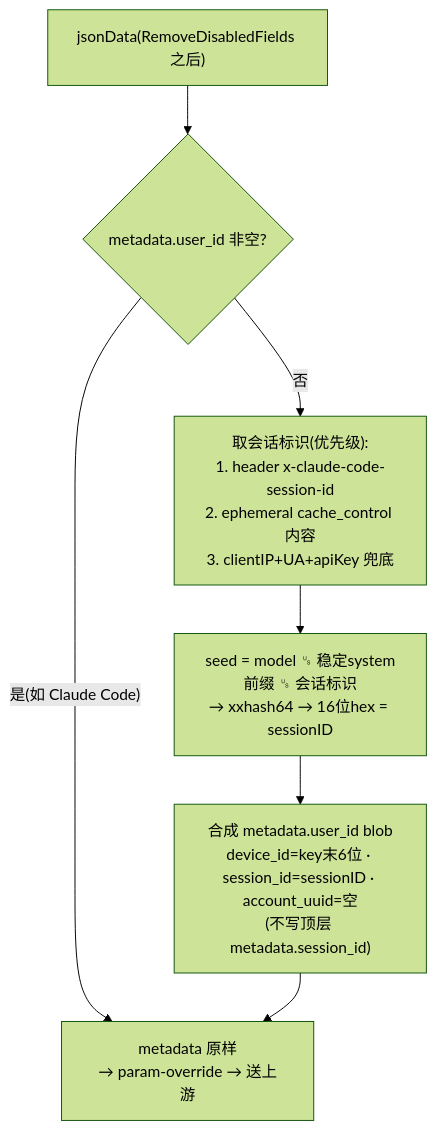
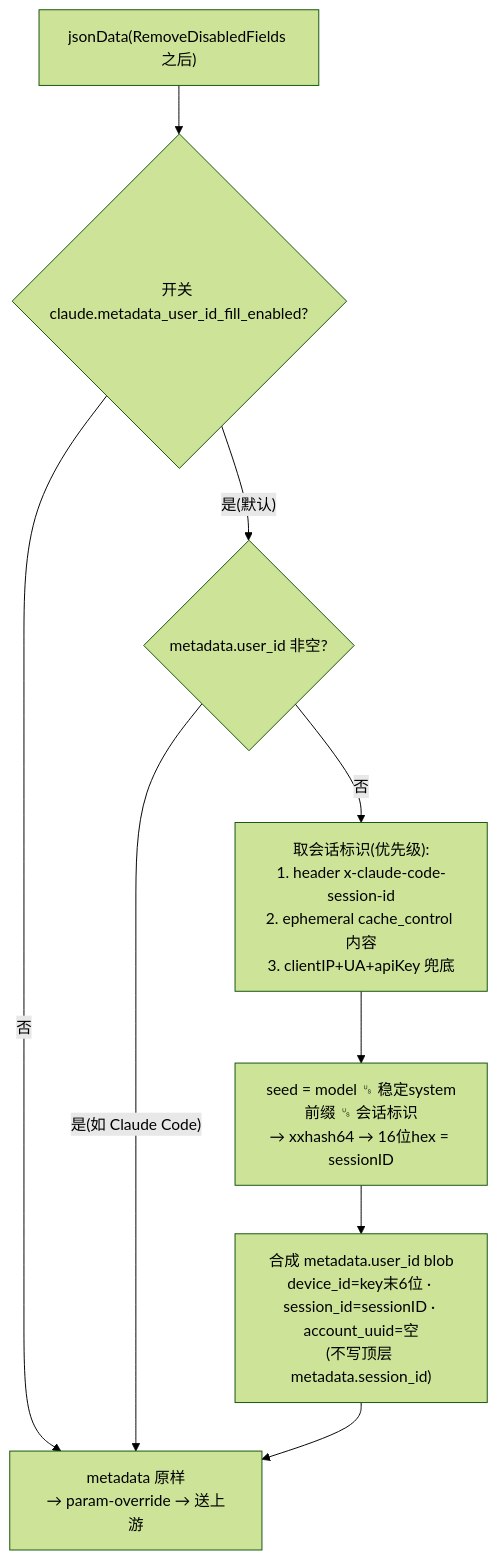
The second of 2 diagrams in docs/claude-metadata-session-injection.md (azd1996/new-api), drawn with Mermaid (forest theme) before and after one commit. The commit also changed other lines of this file and 5 other files, not shown here.

Commit message:
feat(claude): add metadata injection switch & modify cache ttl option

````diff
--- a/docs/claude-metadata-session-injection.md
+++ b/docs/claude-metadata-session-injection.md
@@ -53,9 +67,11 @@
 ```mermaid
 flowchart TD
-    S["jsonData(RemoveDisabledFields 之后)"] --> Q1{"metadata.user_id 非空?"}
-    Q1 -- "是(如 Claude Code)" --> OUT["metadata 原样<br/>→ param-override → 送上游"]
+    S["jsonData(RemoveDisabledFields 之后)"] --> Q0{"开关 claude.metadata_user_id_fill_enabled?"}
+    Q0 -- "否" --> OUT["metadata 原样<br/>→ param-override → 送上游"]
+    Q0 -- "是(默认)" --> Q1{"metadata.user_id 非空?"}
+    Q1 -- "是(如 Claude Code)" --> OUT
     Q1 -- "否" --> D1["取会话标识(优先级):<br/>1. header x-claude-code-session-id<br/>2. ephemeral cache_control 内容<br/>3. clientIP+UA+apiKey 兜底"]
     D1 --> D2["seed = model ␟ 稳定system前缀 ␟ 会话标识<br/>→ xxhash64 → 16位hex = sessionID"]
     D2 --> U["合成 metadata.user_id blob<br/>device_id=key末6位 · session_id=sessionID · account_uuid=空<br/>(不写顶层 metadata.session_id)"]
     U --> OUT
 ```
````
